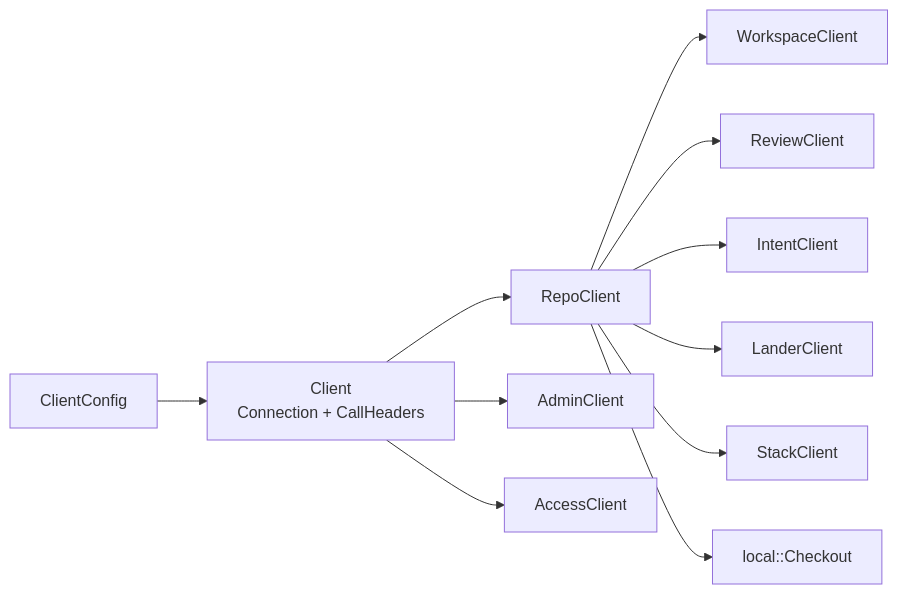
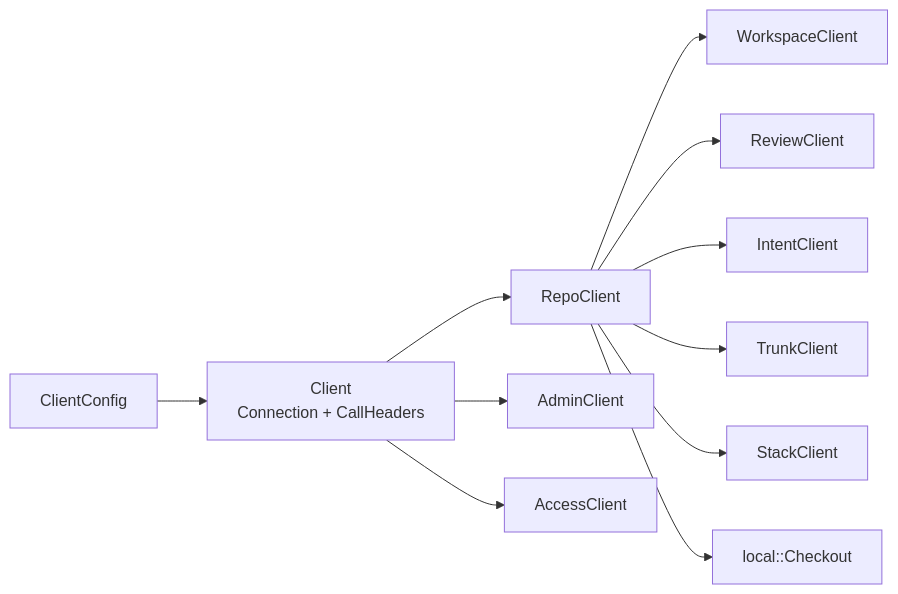
One commit to envoy1084/rill changed the first of 2 diagrams in architecture/08-clients/sdk.md. Above: the diagram before and after it, drawn with Mermaid. The commit also changed other lines of this file and 329 other files, not shown here.

````diff
--- a/architecture/08-clients/sdk.md
+++ b/architecture/08-clients/sdk.md
@@ -10,13 +10,13 @@
 ```mermaid
 flowchart LR
     Cfg[ClientConfig] --> Cl[Client<br/>Connection + CallHeaders]
     Cl --> Repo[RepoClient]
     Cl --> Admin[AdminClient]
     Cl --> Access[AccessClient]
     Repo --> WS[WorkspaceClient]
     Repo --> Rv[ReviewClient]
     Repo --> In[IntentClient]
-    Repo --> La[LanderClient]
+    Repo --> La[TrunkClient]
     Repo --> St[StackClient]
     Repo --> Co[local::Checkout]
 ```
````
